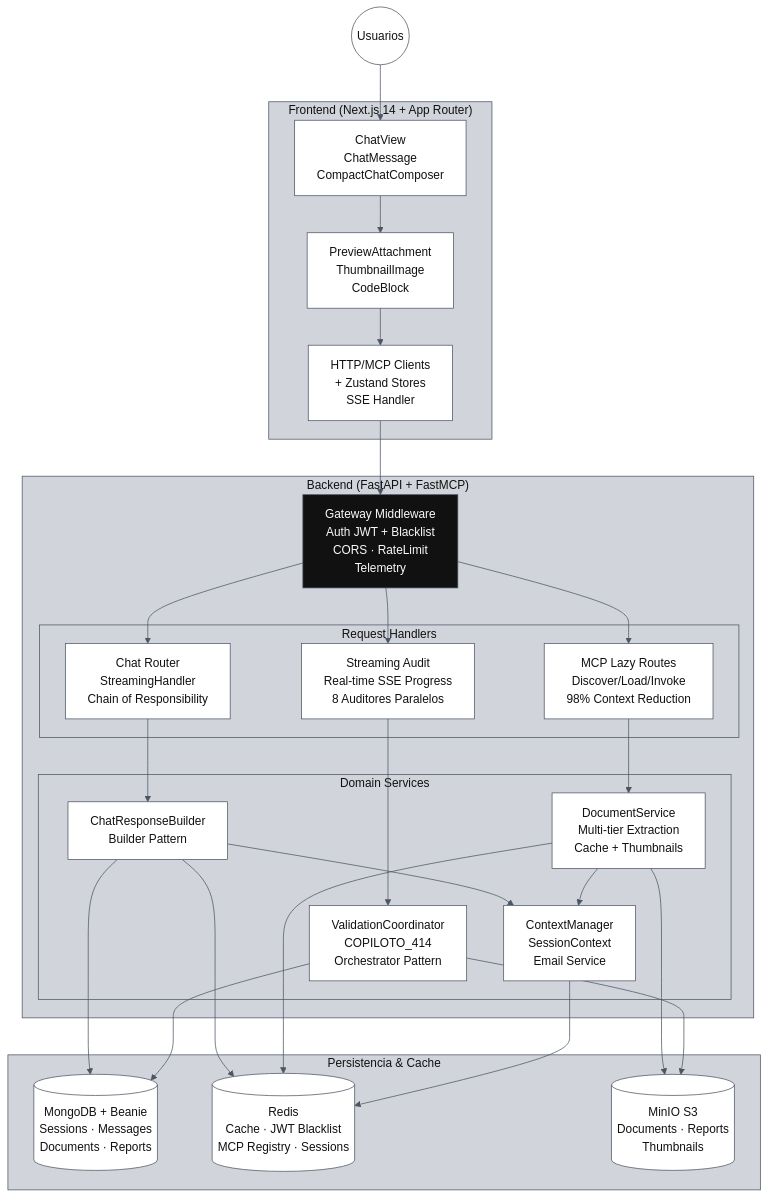
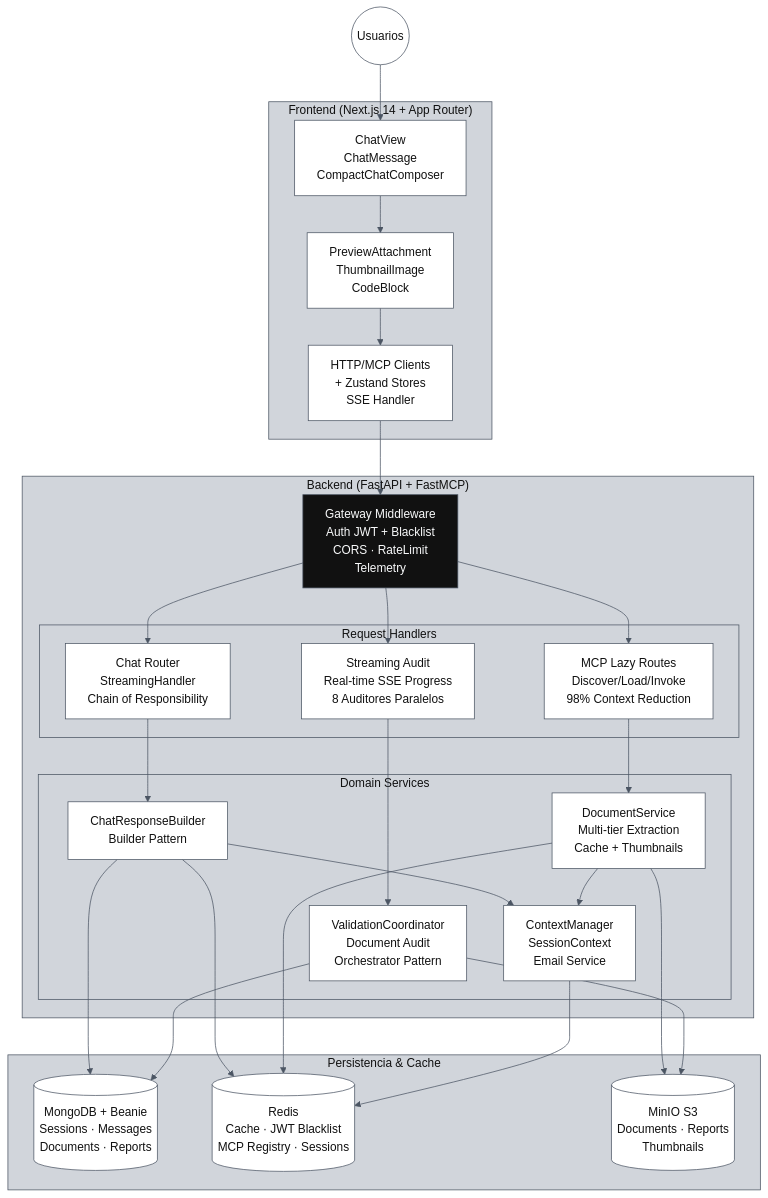
One commit to saptiva-ai/octavios-chat changed the second of 10 diagrams in README.md. Above: the diagram before and after it, drawn with Mermaid. The commit also changed other lines of this file and 74 other files, not shown here.

````diff
--- a/README.md
+++ b/README.md
@@ -101,61 +101,61 @@
 ```mermaid
 %%{init: {'theme': 'base', 'themeVariables': {'primaryColor': '#111111','primaryBorderColor': '#4b5563','primaryTextColor': '#f9fafb','lineColor': '#4b5563','secondaryColor': '#ffffff','secondaryBorderColor': '#4b5563','secondaryTextColor': '#111111','tertiaryColor': '#d1d5db','tertiaryBorderColor': '#4b5563','tertiaryTextColor': '#111111'}}}%%
 flowchart TB
     user((Usuarios)):::light --> web_ui
 
     subgraph Frontend["Frontend (Next.js 14 + App Router)"]
         web_ui["ChatView<br/>ChatMessage<br/>CompactChatComposer"]:::light
         web_components["PreviewAttachment<br/>ThumbnailImage<br/>CodeBlock"]:::light
         web_clients["HTTP/MCP Clients<br/>+ Zustand Stores<br/>SSE Handler"]:::light
     end
 
     web_ui --> web_components
     web_components --> web_clients
     web_clients --> gateway
 
     subgraph API["Backend (FastAPI + FastMCP)"]
         gateway["Gateway Middleware<br/>Auth JWT + Blacklist<br/>CORS · RateLimit<br/>Telemetry"]:::dark
 
         subgraph Handlers["Request Handlers"]
             chat_chain["Chat Router<br/>StreamingHandler<br/>Chain of Responsibility"]:::light
             mcp_lazy["MCP Lazy Routes<br/>Discover/Load/Invoke<br/>98% Context Reduction"]:::light
             audit_stream["Streaming Audit<br/>Real-time SSE Progress<br/>8 Auditores Paralelos"]:::light
         end
 
         subgraph Services["Domain Services"]
             response_builder["ChatResponseBuilder<br/>Builder Pattern"]:::light
             doc_service["DocumentService<br/>Multi-tier Extraction<br/>Cache + Thumbnails"]:::light
-            validation_coord["ValidationCoordinator<br/>COPILOTO_414<br/>Orchestrator Pattern"]:::light
+            validation_coord["ValidationCoordinator<br/>Document Audit<br/>Orchestrator Pattern"]:::light
             context_mgr["ContextManager<br/>SessionContext<br/>Email Service"]:::light
         end
     end
 
     gateway --> chat_chain
     gateway --> mcp_lazy
     gateway --> audit_stream
 
     chat_chain --> response_builder
     mcp_lazy --> doc_service
     audit_stream --> validation_coord
 
     response_builder --> context_mgr
     doc_service --> context_mgr
 
     subgraph Data["Persistencia & Cache"]
         mongo[(MongoDB + Beanie<br/>Sessions · Messages<br/>Documents · Reports)]:::light
         redis[(Redis<br/>Cache · JWT Blacklist<br/>MCP Registry · Sessions)]:::light
         minio[(MinIO S3<br/>Documents · Reports<br/>Thumbnails)]:::light
     end
 
     response_builder --> mongo
     response_builder --> redis
     doc_service --> minio
     doc_service --> redis
     validation_coord --> mongo
     validation_coord --> minio
     context_mgr --> redis
 
     classDef dark fill:#111111,stroke:#4b5563,color:#f9fafb;
     classDef light fill:#ffffff,stroke:#4b5563,color:#111111;
     classDef gray fill:#e5e7eb,stroke:#4b5563,color:#111111;
 ```
````
